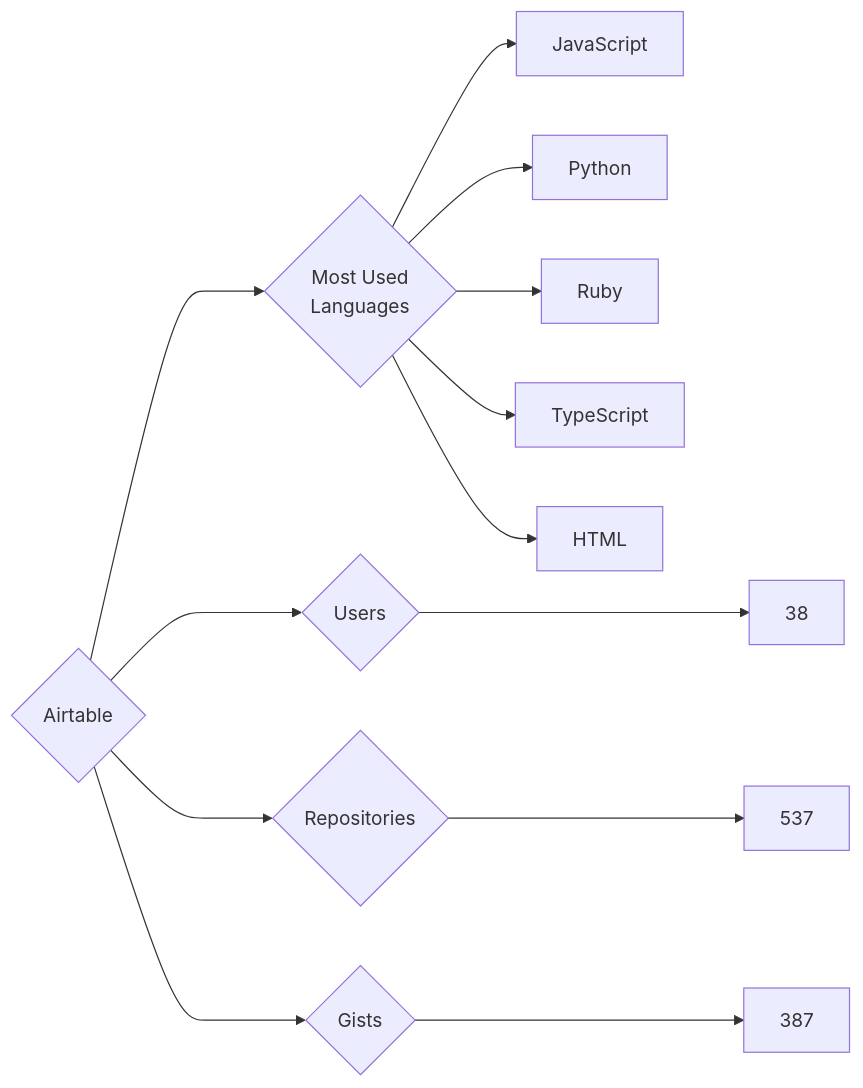
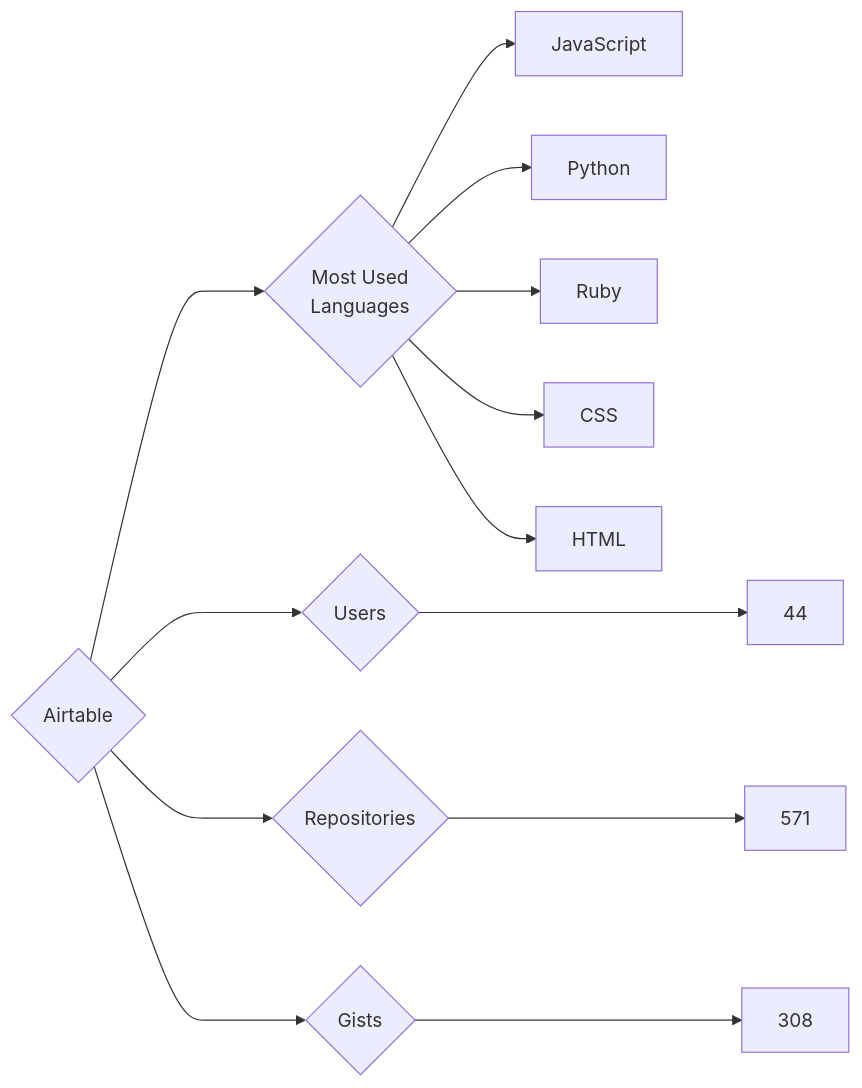
One commit to trickest/insiders changed the diagram in targets/Airtable/README.md. Above: the diagram before and after it, drawn with Mermaid. The commit also changed 860 other files, not shown here.

````diff
--- a/targets/Airtable/README.md
+++ b/targets/Airtable/README.md
@@ -3,13 +3,13 @@
 ```mermaid
 graph LR
 COMPANY_NAME{Airtable}
-COMPANY_NAME ---> U{Users} ---> UN[38]
-COMPANY_NAME ---> R{Repositories} ---> RN[537]
-COMPANY_NAME ---> G{Gists} ---> GN[387]
+COMPANY_NAME ---> U{Users} ---> UN[44]
+COMPANY_NAME ---> R{Repositories} ---> RN[571]
+COMPANY_NAME ---> G{Gists} ---> GN[308]
 COMPANY_NAME ---> ML{Most Used<br>Languages}
 ML --> JavaScript[JavaScript]
 ML --> Python[Python]
 ML --> Ruby[Ruby]
-ML --> TypeScript[TypeScript]
+ML --> CSS[CSS]
 ML --> HTML[HTML]
 ```
````
